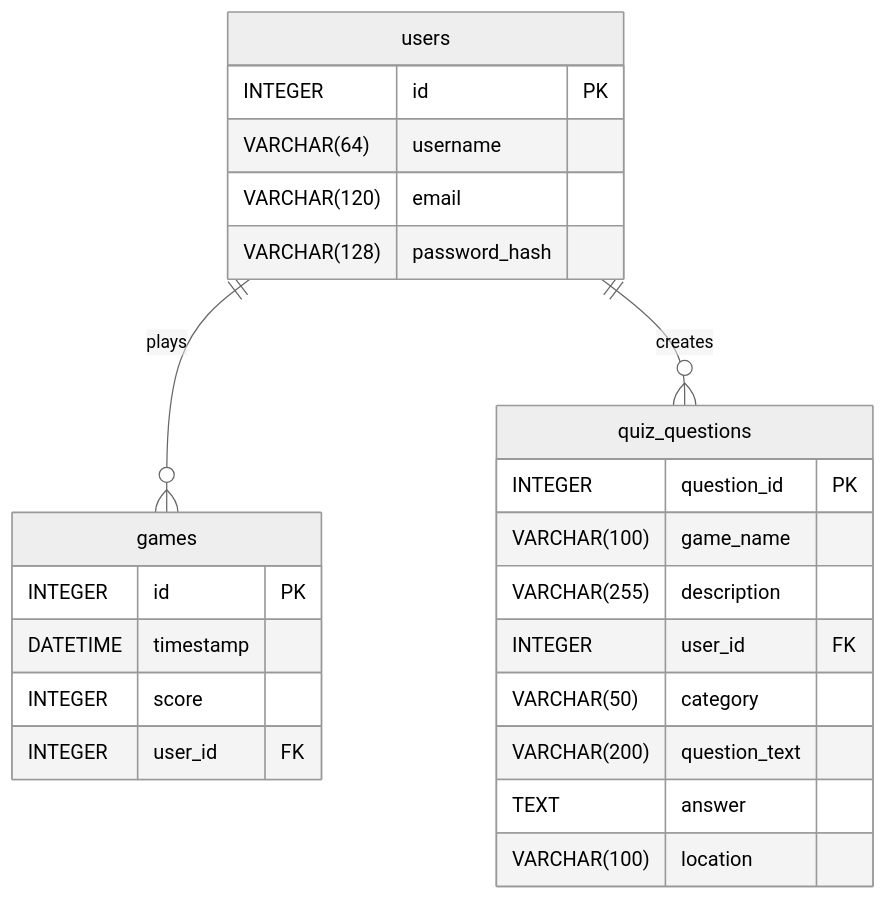
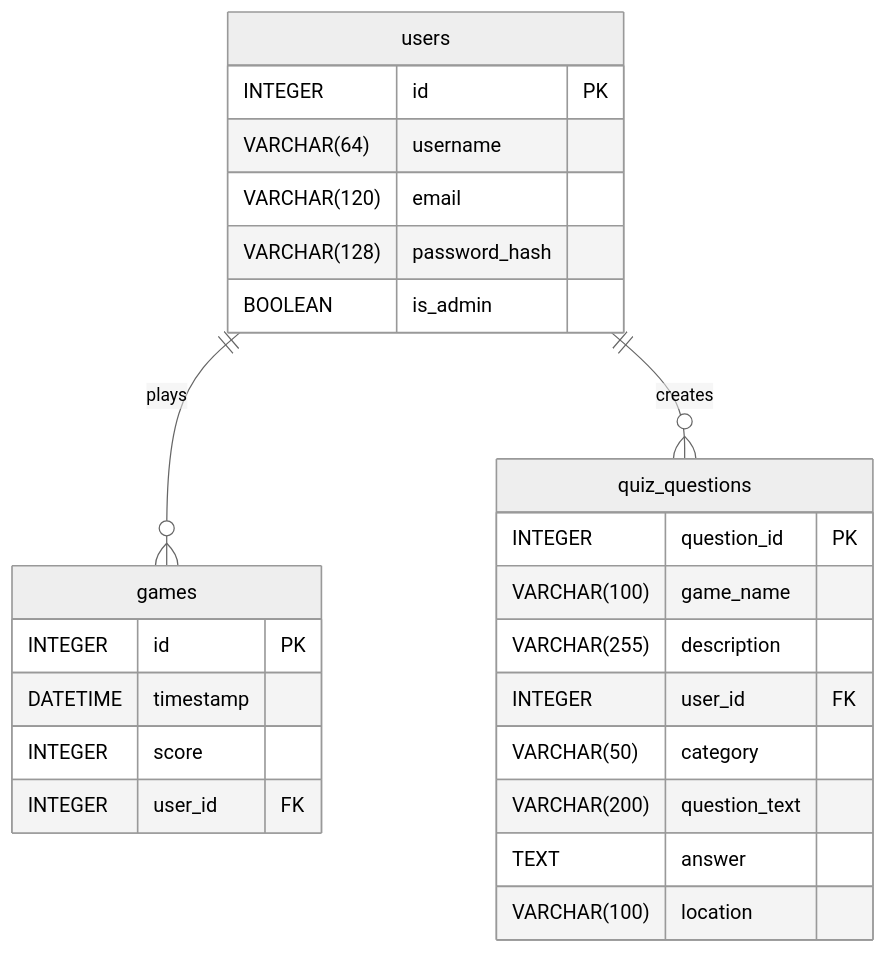
One commit to Ishi01/CITS5505Group41Project changed the diagram in ER_diagram.md. Above: the diagram before and after it, drawn with Mermaid (neutral theme). The commit also changed 10 other files, not shown here.

````diff
--- a/ER_diagram.md
+++ b/ER_diagram.md
@@ -1,29 +1,30 @@
 ```mermaid
 erDiagram
     users ||--o{ games : "plays"
     users {
         INTEGER id PK
         VARCHAR(64) username
         VARCHAR(120) email
         VARCHAR(128) password_hash
+        BOOLEAN is_admin
     }
     games {
         INTEGER id PK
         DATETIME timestamp
         INTEGER score
         INTEGER user_id FK
     }
 
     users ||--o{ quiz_questions : "creates"
     quiz_questions {
         INTEGER question_id PK
         VARCHAR(100) game_name
         VARCHAR(255) description
         INTEGER user_id FK
         VARCHAR(50) category
         VARCHAR(200) question_text
         TEXT answer
         VARCHAR(100) location
     }
 
 ```
````
